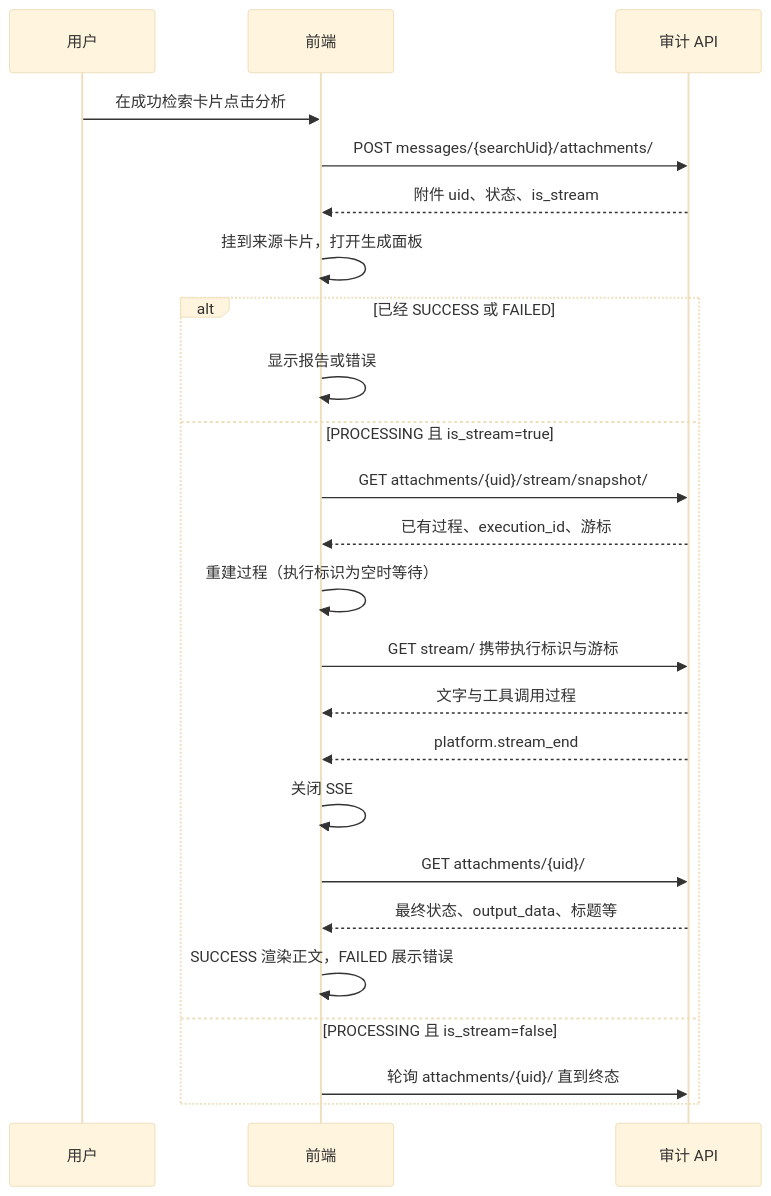
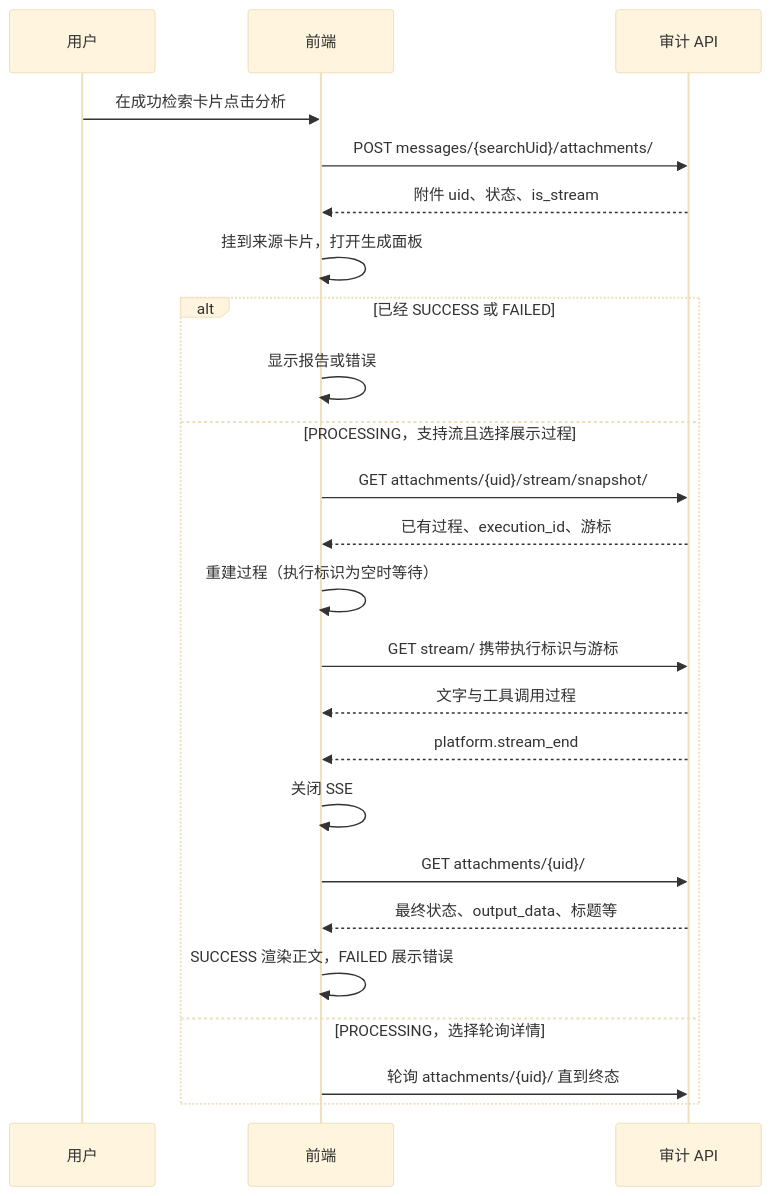
Before and after one commit to TencentBlueKing/bk-audit: the first of 2 diagrams in src/backend/services/web/ai_assistant/docs/frontend_log_analysis.md, drawn with Mermaid (base theme). The commit also changed other lines of this file and 6 other files, not shown here.

````diff
--- a/src/backend/services/web/ai_assistant/docs/frontend_log_analysis.md
+++ b/src/backend/services/web/ai_assistant/docs/frontend_log_analysis.md
@@ -56,26 +56,26 @@
 ```mermaid
 sequenceDiagram
     participant User as 用户
     participant UI as 前端
     participant API as 审计 API
     User->>UI: 在成功检索卡片点击分析
     UI->>API: POST messages/{searchUid}/attachments/
     API-->>UI: 附件 uid、状态、is_stream
     UI->>UI: 挂到来源卡片，打开生成面板
     alt 已经 SUCCESS 或 FAILED
         UI->>UI: 显示报告或错误
-    else PROCESSING 且 is_stream=true
+    else PROCESSING，支持流且选择展示过程
         UI->>API: GET attachments/{uid}/stream/snapshot/
         API-->>UI: 已有过程、execution_id、游标
         UI->>UI: 重建过程（执行标识为空时等待）
         UI->>API: GET stream/ 携带执行标识与游标
         API-->>UI: 文字与工具调用过程
         API-->>UI: platform.stream_end
         UI->>UI: 关闭 SSE
         UI->>API: GET attachments/{uid}/
         API-->>UI: 最终状态、output_data、标题等
         UI->>UI: SUCCESS 渲染正文，FAILED 展示错误
-    else PROCESSING 且 is_stream=false
+    else PROCESSING，选择轮询详情
         UI->>API: 轮询 attachments/{uid}/ 直到终态
     end
 ```
````
